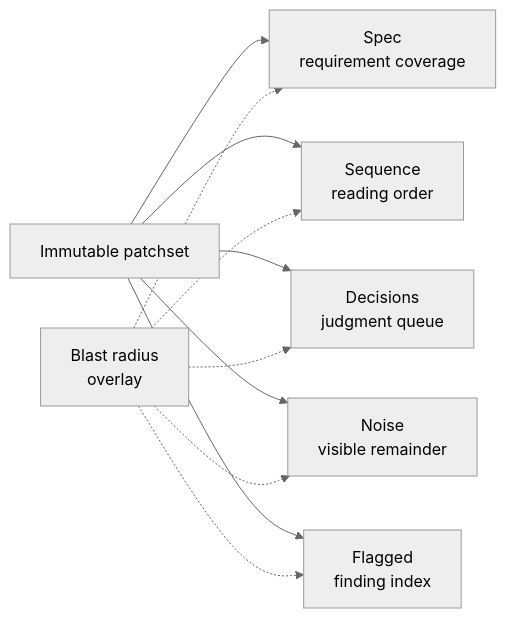
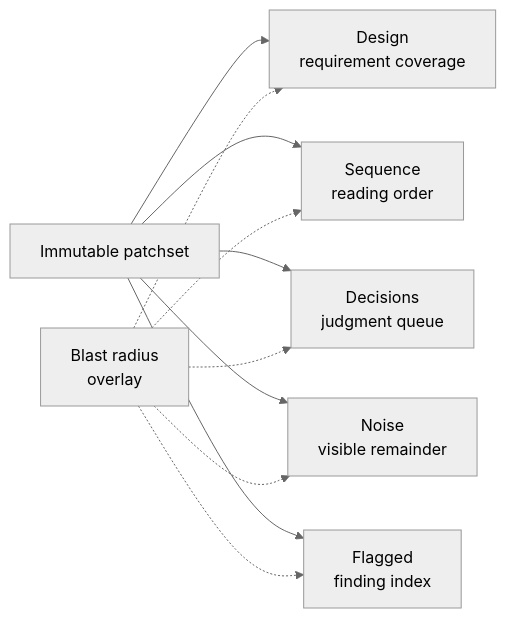
The diagram in docs/developing/concepts/review-lenses.md (rbutera/Rennet), drawn with Mermaid (neutral theme) before and after one commit. The commit also changed other lines of this file and 3 other files, not shown here.

````diff
--- a/docs/developing/concepts/review-lenses.md
+++ b/docs/developing/concepts/review-lenses.md
@@ -10,21 +10,21 @@
 ```mermaid
 flowchart LR
   patch["Immutable patchset"]
-  spec["Spec<br/>requirement coverage"]
+  design["Design<br/>requirement coverage"]
   sequence["Sequence<br/>reading order"]
   decisions["Decisions<br/>judgment queue"]
   noise["Noise<br/>visible remainder"]
   flagged["Flagged<br/>finding index"]
   blast["Blast radius<br/>overlay"]
 
-  patch --> spec
+  patch --> design
   patch --> sequence
   patch --> decisions
   patch --> noise
   patch --> flagged
-  blast -.-> spec
+  blast -.-> design
   blast -.-> sequence
   blast -.-> decisions
   blast -.-> noise
   blast -.-> flagged
 ```
````
